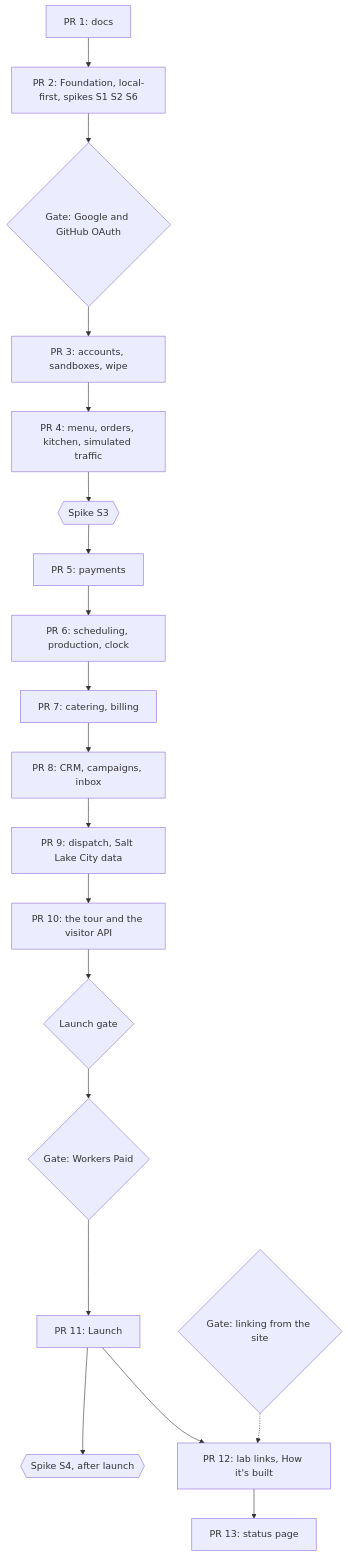
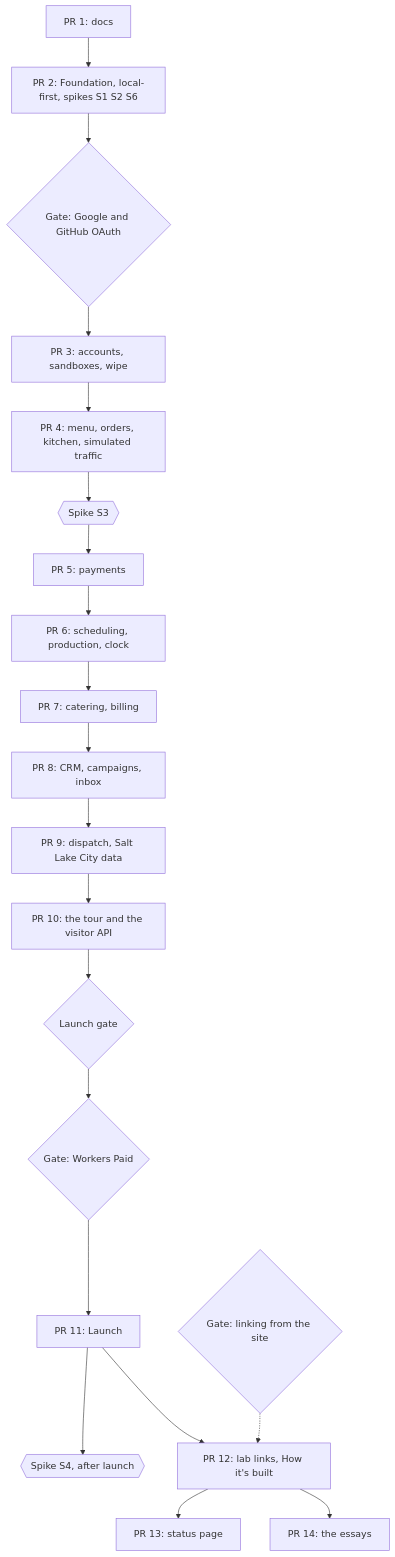
The diagram in docs/roadmap.md (IHaveASegway/bakery), drawn with Mermaid before and after one commit. The commit also changed other lines of this file and 4 other files, not shown here.

````diff
--- a/docs/roadmap.md
+++ b/docs/roadmap.md
@@ -68,12 +69,13 @@
 ```mermaid
 flowchart TB
   P1["PR 1: docs"] --> P2["PR 2: Foundation, local-first, spikes S1 S2 S6"]
   P2 --> OG{"Gate: Google and GitHub OAuth"} --> P3["PR 3: accounts, sandboxes, wipe"] --> P4["PR 4: menu, orders, kitchen, simulated traffic"]
   P4 --> S3{{"Spike S3"}} --> P5["PR 5: payments"]
   P5 --> P6["PR 6: scheduling, production, clock"] --> P7["PR 7: catering, billing"] --> P8["PR 8: CRM, campaigns, inbox"] --> P9["PR 9: dispatch, Salt Lake City data"]
   P9 --> P10["PR 10: the tour and the visitor API"]
   P10 --> LG{"Launch gate"} --> WP{"Gate: Workers Paid"} --> P11["PR 11: Launch"]
   P11 --> S4{{"Spike S4, after launch"}}
   LG2{"Gate: linking from the site"} -.-> P12
   P11 --> P12["PR 12: lab links, How it's built"] --> P13["PR 13: status page"]
+  P12 --> P14["PR 14: the essays"]
 ```
````
